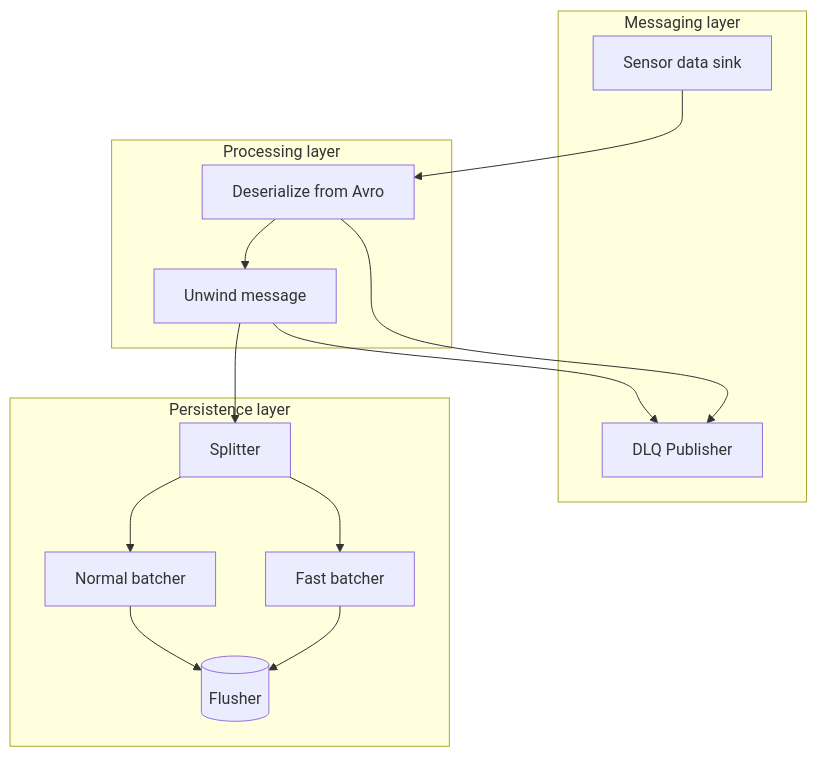
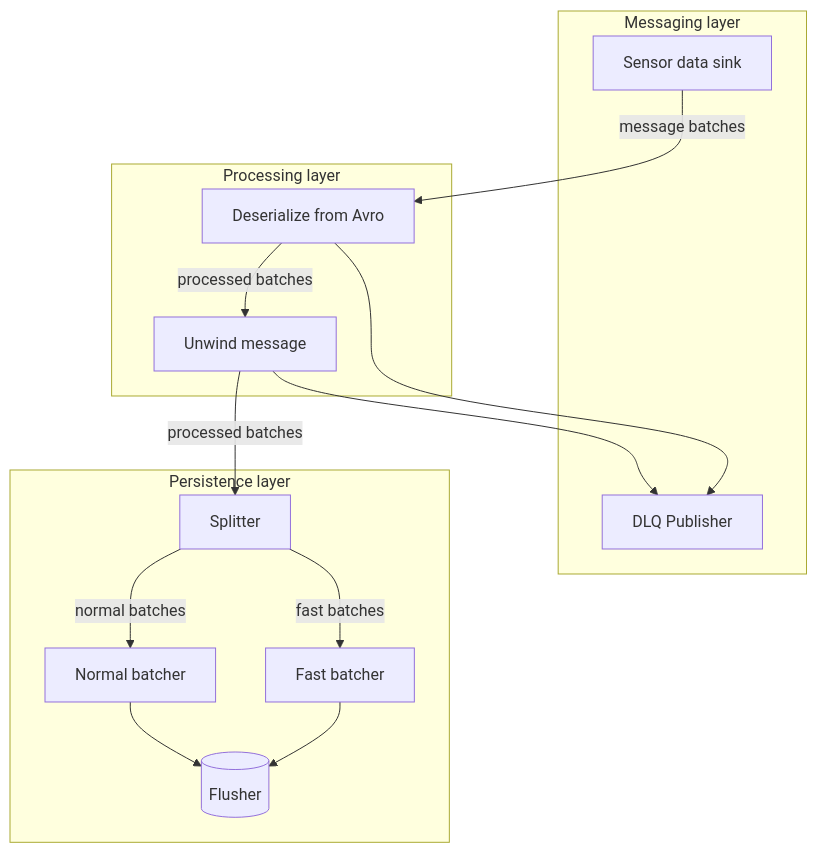
One commit to ChronoRacer/chronoracer changed the first of 4 diagrams in docs/component-core.md. Above: the diagram before and after it, drawn with Mermaid. The commit also changed other lines of this file and 35 other files, not shown here.

````diff
--- a/docs/component-core.md
+++ b/docs/component-core.md
@@ -65,31 +87,31 @@
 ```mermaid
 flowchart TB
     subgraph kafka["Messaging layer"]
         dataSink["Sensor data sink"]
         dlqPublisher["DLQ Publisher"]
 
     end
 
     subgraph process["Processing layer"]
         extract["Deserialize from Avro"]
         unwind["Unwind message"]
     end
 
     subgraph persistence["Persistence layer"]
         splitter["Splitter"]
         batcherFast["Fast batcher"]
         batcherNormal["Normal batcher"]
         flusher[("Flusher")]
     end
 
-    dataSink --> extract
-    extract --> unwind
+    dataSink -->|message batches| extract
+    extract -->|processed batches| unwind
     extract --> dlqPublisher
     unwind --> dlqPublisher
-    unwind --> splitter
-    splitter --> batcherFast
-    splitter --> batcherNormal
+    unwind -->|processed batches| splitter
+    splitter -->|fast batches| batcherFast
+    splitter -->|normal batches| batcherNormal
     batcherFast --> flusher
     batcherNormal --> flusher
 
 ```
````
